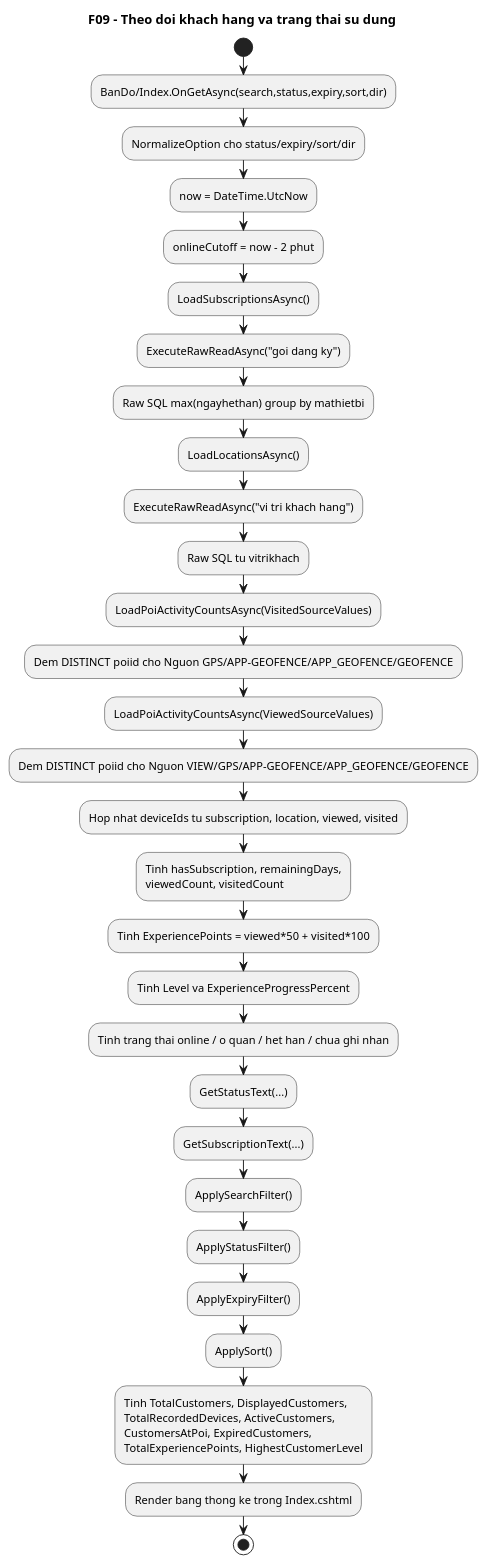
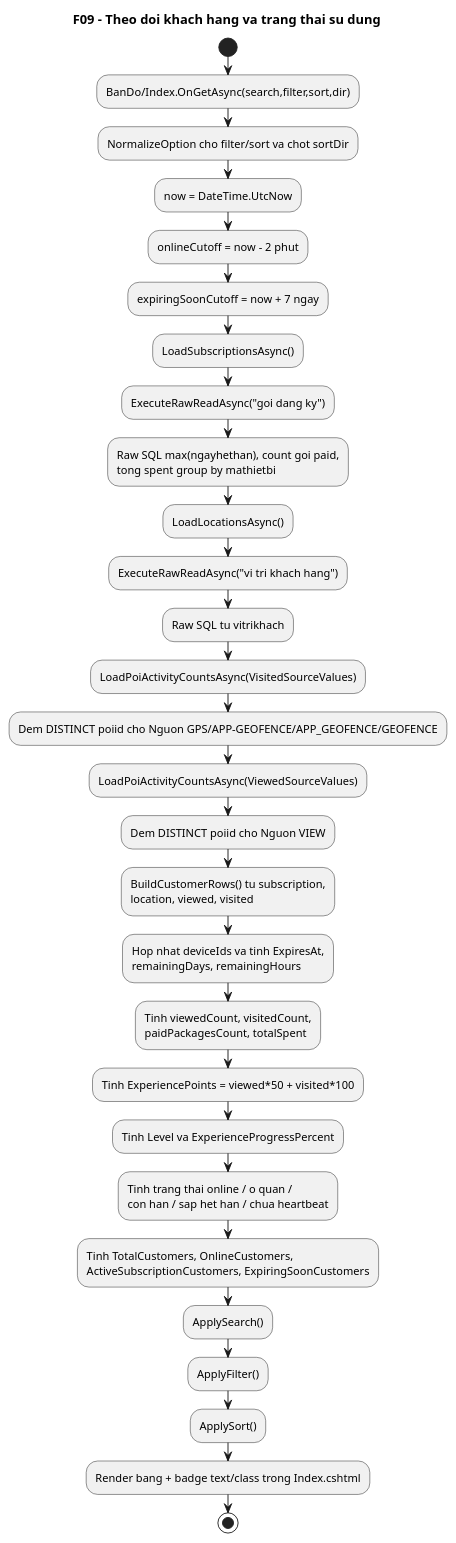
One commit to VoBao182/PhoAmThuc changed the diagram in docs/diagrams/09-live-map-activity.puml. Above: the diagram before and after it, drawn with PlantUML. The commit also changed 20 other files, not shown here.

```diff
--- a/docs/diagrams/09-live-map-activity.puml
+++ b/docs/diagrams/09-live-map-activity.puml
@@ -1,43 +1,42 @@
 @startuml
 ' Diagram: F09 - Theo doi khach hang va trang thai su dung (Activity)
-' Status: WIP
-' Baseline: branch master, HEAD adb1a28
+' Status: VERIFIED
+' Baseline: branch master, HEAD b946abe
 ' Source:
-' - VinhKhanhTour.CMS/Pages/BanDo/Index.cshtml.cs: OnGetAsync(), LoadSubscriptionsAsync(), LoadLocationsAsync(), LoadPoiActivityCountsAsync(), ExecuteRawReadAsync(), ApplySearchFilter(), ApplyStatusFilter(), ApplyExpiryFilter(), ApplySort(), GetStatusText(), GetSubscriptionText()
+' - VinhKhanhTour.CMS/Pages/BanDo/Index.cshtml.cs: OnGetAsync(), LoadSubscriptionsAsync(), LoadLocationsAsync(), LoadPoiActivityCountsAsync(), ExecuteRawReadAsync(), BuildCustomerRows(), ApplySearch(), ApplyFilter(), ApplySort(), DescribeRemaining(), SubscriptionBadgeClass(), ActivityBadgeClass(), ActivityBadgeText()
 ' - VinhKhanhTour.CMS/Pages/BanDo/Index.cshtml
 ' - VinhKhanhTour.API/Models/DangKyApp.cs
 ' - VinhKhanhTour.API/Models/VitriKhach.cs
 ' - VinhKhanhTour.API/Models/LichSuPhat.cs
-' Note: Da sync theo BanDo hien tai: render server-side, raw Npgsql read co timeout/retry, filter/sort, tinh XP/level.
+' Note: Da sync theo BanDo hien tai: render server-side, raw Npgsql read co timeout/retry, filter/sort, tinh XP/level, va helper badge/remaining moi.
 title F09 - Theo doi khach hang va trang thai su dung
 start
-:BanDo/Index.OnGetAsync(search,status,expiry,sort,dir);
-:NormalizeOption cho status/expiry/sort/dir;
+:BanDo/Index.OnGetAsync(search,filter,sort,dir);
+:NormalizeOption cho filter/sort va chot sortDir;
 :now = DateTime.UtcNow;
 :onlineCutoff = now - 2 phut;
+:expiringSoonCutoff = now + 7 ngay;
 :LoadSubscriptionsAsync();
 :ExecuteRawReadAsync("goi dang ky");
-:Raw SQL max(ngayhethan) group by mathietbi;
+:Raw SQL max(ngayhethan), count goi paid,\ntong spent group by mathietbi;
 :LoadLocationsAsync();
 :ExecuteRawReadAsync("vi tri khach hang");
 :Raw SQL tu vitrikhach;
 :LoadPoiActivityCountsAsync(VisitedSourceValues);
 :Dem DISTINCT poiid cho Nguon GPS/APP-GEOFENCE/APP_GEOFENCE/GEOFENCE;
 :LoadPoiActivityCountsAsync(ViewedSourceValues);
-:Dem DISTINCT poiid cho Nguon VIEW/GPS/APP-GEOFENCE/APP_GEOFENCE/GEOFENCE;
-:Hop nhat deviceIds tu subscription, location, viewed, visited;
-:Tinh hasSubscription, remainingDays,\nviewedCount, visitedCount;
+:Dem DISTINCT poiid cho Nguon VIEW;
+:BuildCustomerRows() tu subscription,\nlocation, viewed, visited;
+:Hop nhat deviceIds va tinh ExpiresAt,\nremainingDays, remainingHours;
+:Tinh viewedCount, visitedCount,\npaidPackagesCount, totalSpent;
 :Tinh ExperiencePoints = viewed*50 + visited*100;
 :Tinh Level va ExperienceProgressPercent;
-:Tinh trang thai online / o quan / het han / chua ghi nhan;
-:GetStatusText(...);
-:GetSubscriptionText(...);
-:ApplySearchFilter();
-:ApplyStatusFilter();
-:ApplyExpiryFilter();
+:Tinh trang thai online / o quan /\ncon han / sap het han / chua heartbeat;
+:Tinh TotalCustomers, OnlineCustomers,\nActiveSubscriptionCustomers, ExpiringSoonCustomers;
+:ApplySearch();
+:ApplyFilter();
 :ApplySort();
-:Tinh TotalCustomers, DisplayedCustomers,\nTotalRecordedDevices, ActiveCustomers,\nCustomersAtPoi, ExpiredCustomers,\nTotalExperiencePoints, HighestCustomerLevel;
-:Render bang thong ke trong Index.cshtml;
+:Render bang + badge text/class trong Index.cshtml;
 
 stop
 @enduml
```
